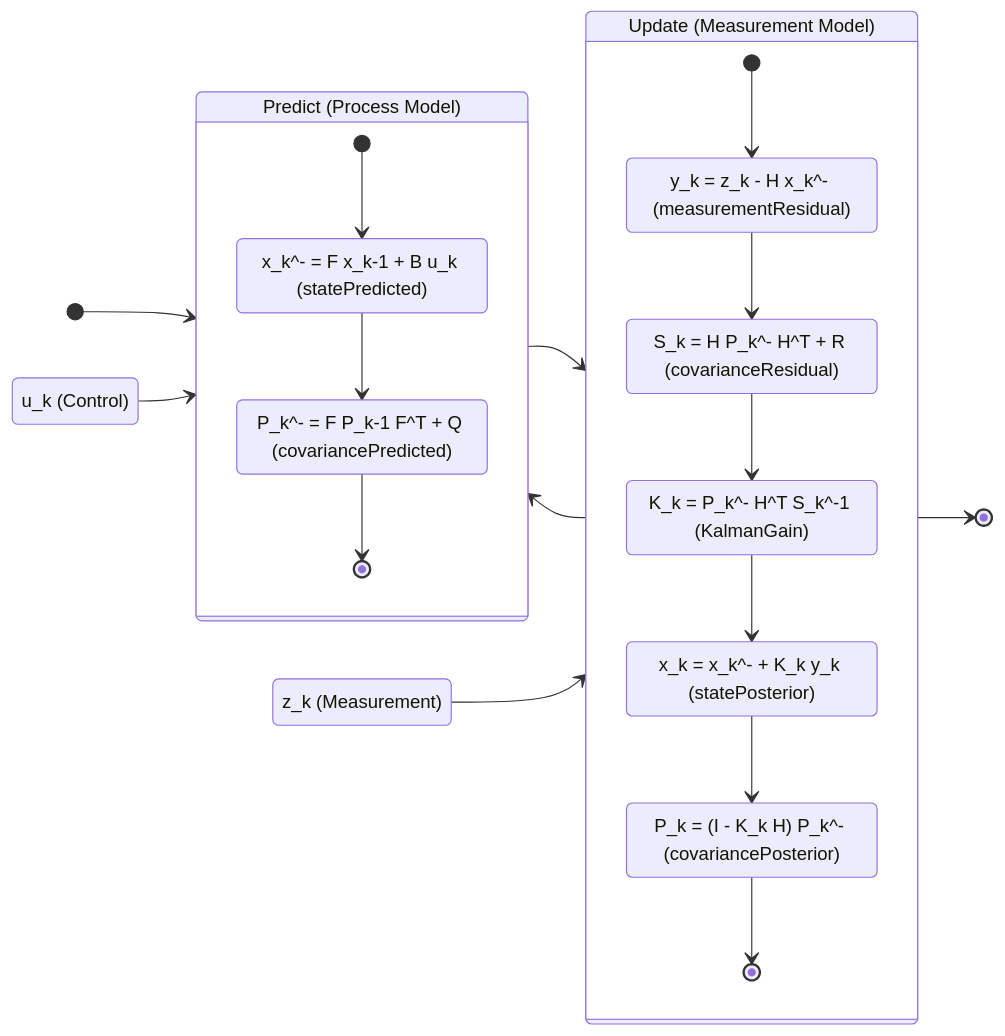
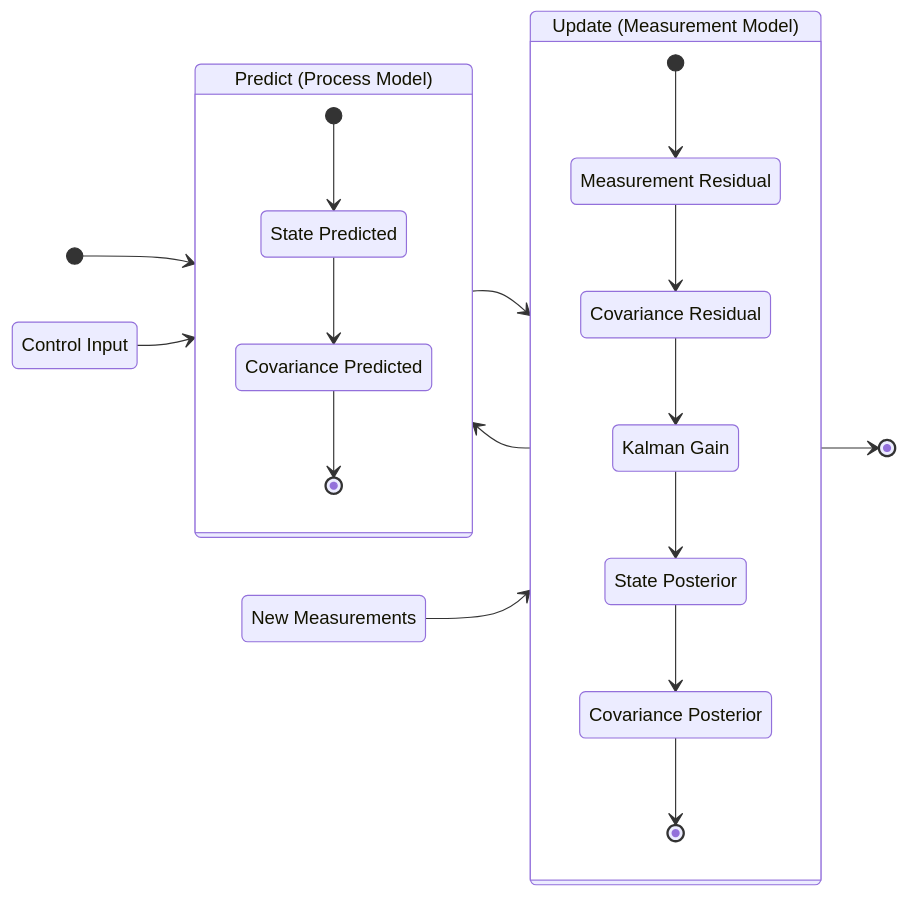
Before and after one commit to dndydon/KalmanCore: the diagram in README.md, drawn with Mermaid. The commit also changed other lines of this file and 1 other file, not shown here.

Commit message:
minor update README - simplified KalmanFilterDiagram

````diff
--- a/README.md
+++ b/README.md
@@ -17,36 +17,36 @@
 ```mermaid
 stateDiagram-v2
 	direction LR
 
 	[*] --> Predict
 	Predict --> Update
 	Update --> [*]
 
-	state "u_k (Control)" as Uk
-	state "z_k (Measurement)" as Zk
+	state "Control Input" as Uk
+	state "New Measurements" as Zk
 	Uk --> Predict
 	Zk --> Update
 	Update --> Predict
 
 	state "Predict (Process Model)" as Predict {
 		[*] --> Xpred
-		state "x_k^- = F x_k-1 + B u_k (statePredicted)" as Xpred
+		state "State Predicted" as Xpred
 		Xpred --> Ppred
-		state "P_k^- = F P_k-1 F^T + Q (covariancePredicted)" as Ppred
+		state "Covariance Predicted" as Ppred
 		Ppred --> [*]
 	}
 
 	state "Update (Measurement Model)" as Update {
 		[*] --> Innov
-		state "y_k = z_k - H x_k^- (measurementResidual)" as Innov
+		state "Measurement Residual" as Innov
 		Innov --> Sk
-		state "S_k = H P_k^- H^T + R (covarianceResidual)" as Sk
+		state "Covariance Residual" as Sk
 		Sk --> Kgain
-		state "K_k = P_k^- H^T S_k^-1 (KalmanGain)" as Kgain
+		state "Kalman Gain" as Kgain
 		Kgain --> Xpost
-		state "x_k = x_k^- + K_k y_k (statePosterior)" as Xpost
+		state "State Posterior" as Xpost
 		Xpost --> Ppost
-		state "P_k = (I - K_k H) P_k^- (covariancePosterior)" as Ppost
+		state "Covariance Posterior" as Ppost
 		Ppost --> [*]
 	}
 ```
````
